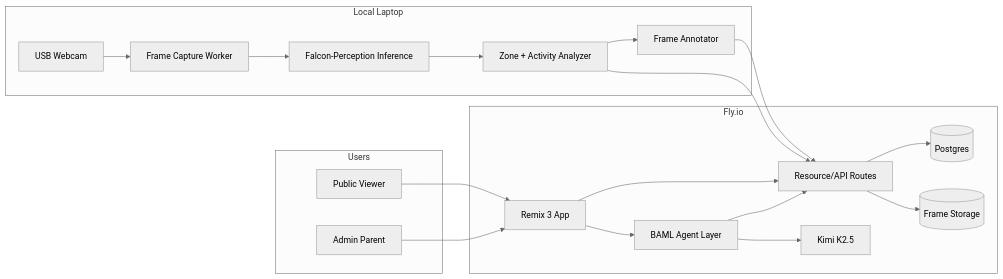
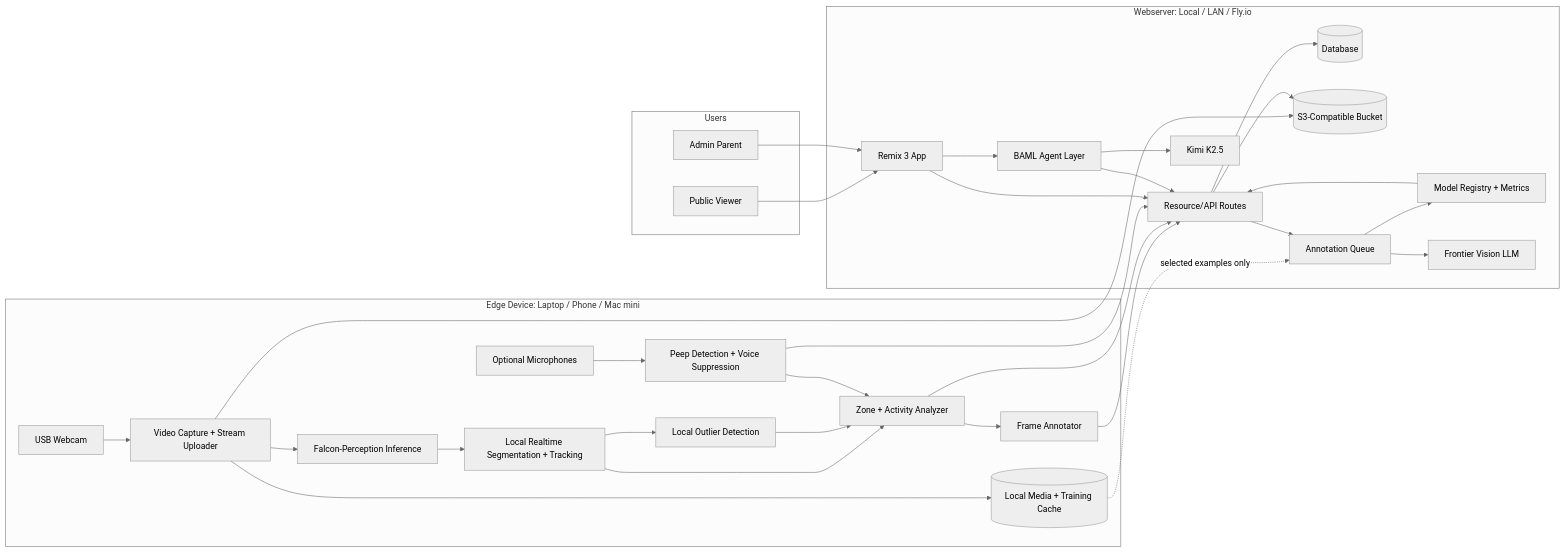
The diagram in PRD.md (closedloop-technologies/robosteading), drawn with Mermaid (neutral theme) before and after one commit. The commit also changed other lines of this file and 39 other files, not shown here.

Commit message:
Expand ChickCoach streaming architecture

````diff
--- a/PRD.md
+++ b/PRD.md
@@ -308,39 +558,60 @@
 ```mermaid
 flowchart LR
-  subgraph Local["Local Laptop"]
+  subgraph Edge["Edge Device: Laptop / Phone / Mac mini"]
     Webcam[USB Webcam]
-    Capture[Frame Capture Worker]
+    Mic[Optional Microphones]
+    Capture[Video Capture + Stream Uploader]
     Falcon[Falcon-Perception Inference]
+    Realtime[Local Realtime Segmentation + Tracking]
+    Outlier[Local Outlier Detection]
     Analyzer[Zone + Activity Analyzer]
+    Audio[Peep Detection + Voice Suppression]
     Annotator[Frame Annotator]
+    LocalDataset[(Local Media + Training Cache)]
   end
 
-  subgraph Cloud["Fly.io"]
+  subgraph Web["Webserver: Local / LAN / Fly.io"]
     Remix[Remix 3 App]
     API[Resource/API Routes]
-    DB[(Postgres)]
-    Storage[(Frame Storage)]
+    DB[(Database)]
+    Storage[(S3-Compatible Bucket)]
+    Queue[Annotation Queue]
+    Registry[Model Registry + Metrics]
     BAML[BAML Agent Layer]
     Kimi[Kimi K2.5]
+    VisionLLM[Frontier Vision LLM]
   end
 
   subgraph Users["Users"]
     Public[Public Viewer]
     Admin[Admin Parent]
   end
 
   Webcam --> Capture
+  Mic --> Audio
+  Capture --> Storage
   Capture --> Falcon
-  Falcon --> Analyzer
+  Capture --> LocalDataset
+  Falcon --> Realtime
+  Realtime --> Analyzer
+  Realtime --> Outlier
+  Outlier --> Analyzer
+  Audio --> Analyzer
   Analyzer --> Annotator
   Annotator --> API
   Analyzer --> API
+  Audio --> API
+  LocalDataset -. selected examples only .-> Queue
   API --> DB
   API --> Storage
+  API --> Queue
+  Queue --> VisionLLM
+  Queue --> Registry
+  Registry --> API
   Remix --> API
   Remix --> BAML
   BAML --> Kimi
   BAML --> API
   Public --> Remix
   Admin --> Remix
 ```
````
